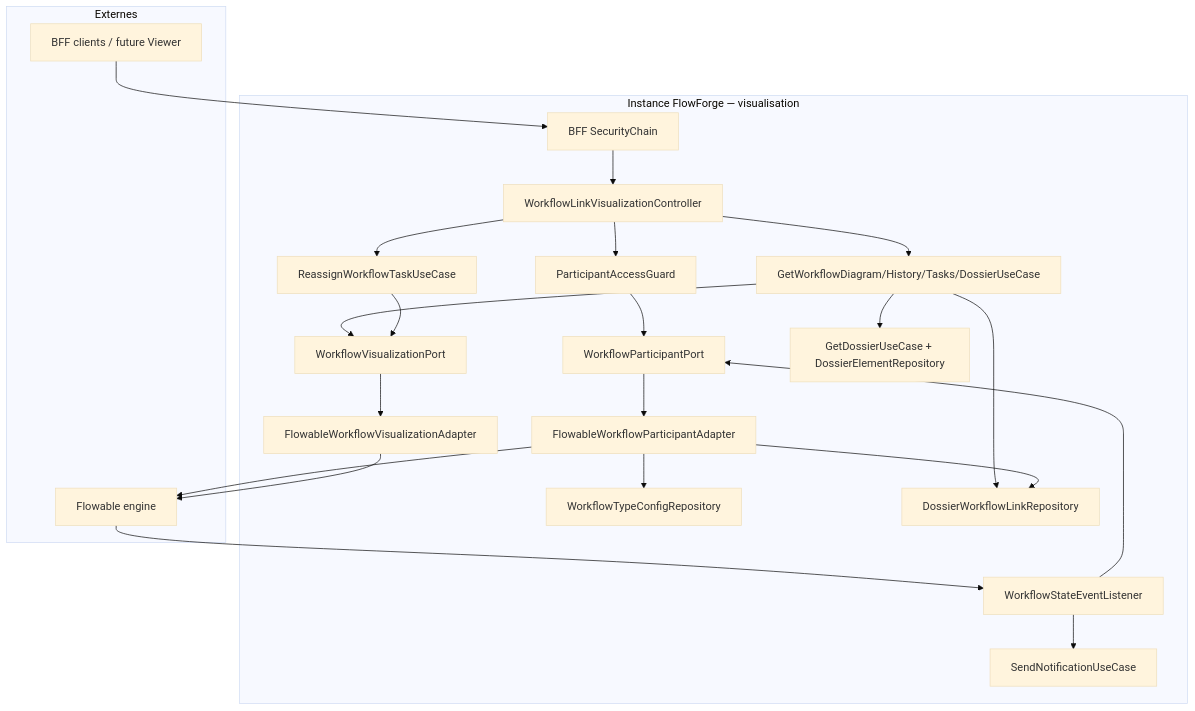
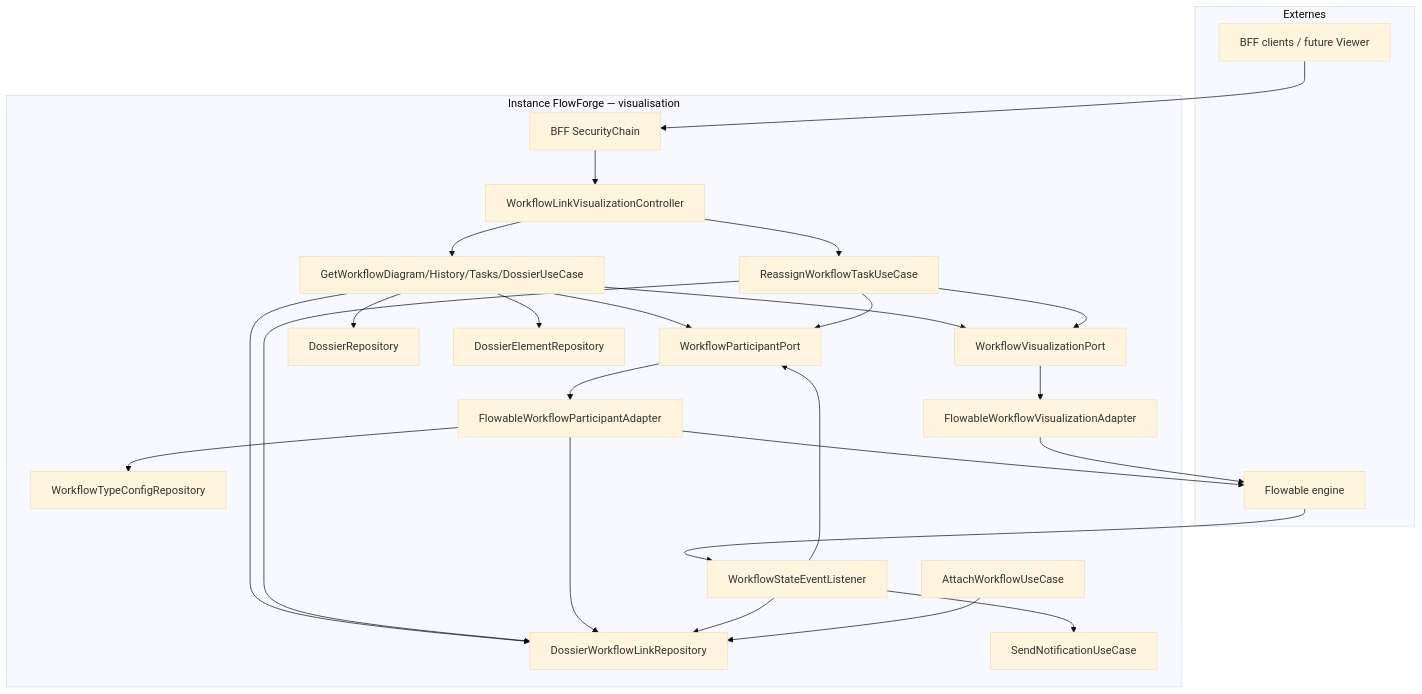
Before and after one commit to superjojo79/Myrmacta: the diagram in docs/ai/design/2026-07-31-feature-visualisation-workflow.md, drawn with Mermaid (base theme). The commit also changed other lines of this file and 3 other files, not shown here.

````diff
--- a/docs/ai/design/2026-07-31-feature-visualisation-workflow.md
+++ b/docs/ai/design/2026-07-31-feature-visualisation-workflow.md
@@ -24,38 +26,46 @@
 ```mermaid
 flowchart TB
   subgraph external["Externes"]
     SPA[BFF clients / future Viewer]
     BPMN[Flowable engine]
   end
 
   subgraph app["Instance FlowForge — visualisation"]
     BFF[BFF SecurityChain]
     CTRL[WorkflowLinkVisualizationController]
-    GUARD[ParticipantAccessGuard]
     PART[WorkflowParticipantPort]
     VIZ[WorkflowVisualizationPort]
     UC_R[GetWorkflowDiagram/History/Tasks/DossierUseCase]
     UC_A[ReassignWorkflowTaskUseCase]
     ADAPT[FlowableWorkflowVisualizationAdapter]
     PART_A[FlowableWorkflowParticipantAdapter]
     CFG[WorkflowTypeConfigRepository]
     LINK[DossierWorkflowLinkRepository]
-    DOS[GetDossierUseCase + DossierElementRepository]
+    DREP[DossierRepository]
+    EREP[DossierElementRepository]
     LISTEN[WorkflowStateEventListener]
     NOTIF[SendNotificationUseCase]
+    ATTACH[AttachWorkflowUseCase]
 
     SPA --> BFF --> CTRL
-    CTRL --> GUARD --> PART
-    CTRL --> UC_R --> VIZ
-    CTRL --> UC_A --> VIZ
-    UC_R --> DOS
+    CTRL --> UC_R
+    CTRL --> UC_A
+    UC_R --> PART
+    UC_R --> VIZ
     UC_R --> LINK
+    UC_R --> DREP
+    UC_R --> EREP
+    UC_A --> PART
+    UC_A --> VIZ
+    UC_A --> LINK
     PART --> PART_A
     PART_A --> BPMN
     PART_A --> CFG
     PART_A --> LINK
     VIZ --> ADAPT --> BPMN
     BPMN --> LISTEN --> PART
     LISTEN --> NOTIF
+    LISTEN --> LINK
+    ATTACH --> LINK
   end
 ```
````
